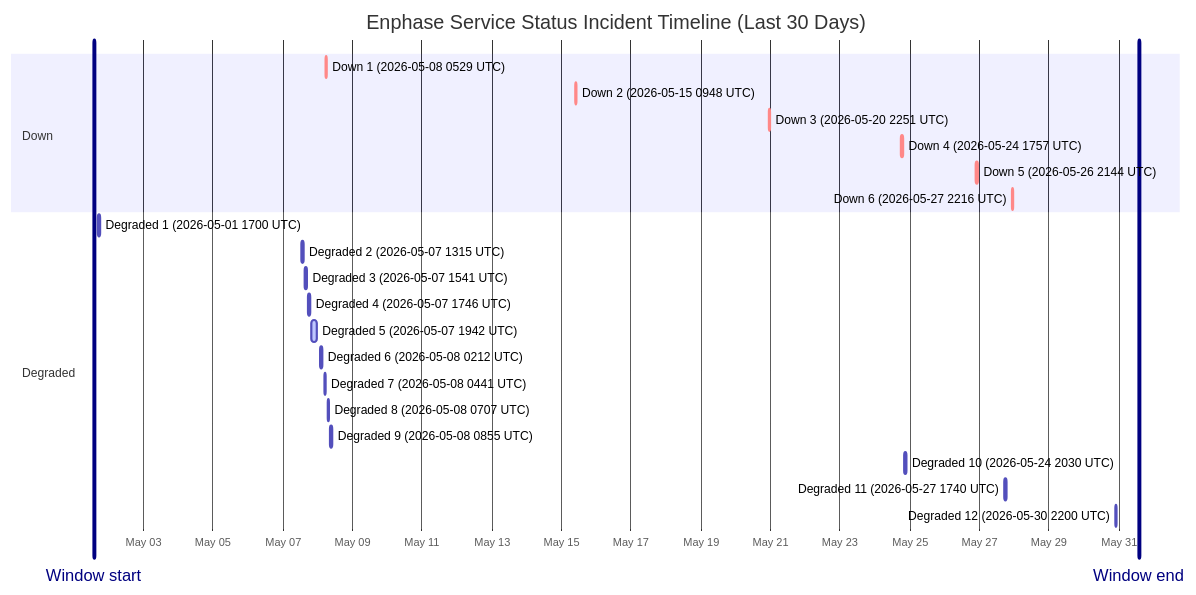
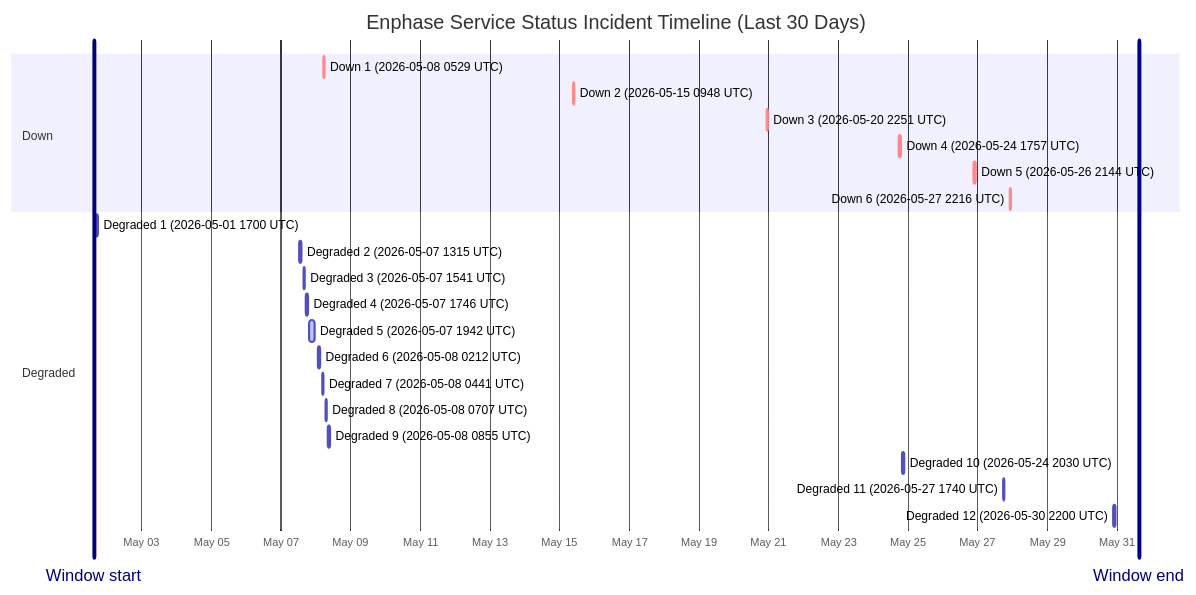
The diagram in wiki/Service-Status-History.md (barneyonline/ha-enphase-ev-charger), drawn with Mermaid before and after one commit. The commit also changed other lines of this file and 3 other files, not shown here.

````diff
--- a/wiki/Service-Status-History.md
+++ b/wiki/Service-Status-History.md
@@ -14,28 +14,28 @@
 ```mermaid
 gantt
     title Enphase Service Status Incident Timeline (Last 30 Days)
     dateFormat  YYYY-MM-DDTHH:mm:ss
     axisFormat  %b %d
-    Window start :vert, window-start, 2026-05-01T13:48:57, 0ms
-    Window end :vert, window-end, 2026-05-31T13:48:57, 0ms
+    Window start :vert, window-start, 2026-05-01T15:16:31, 0ms
+    Window end :vert, window-end, 2026-05-31T15:16:31, 0ms
     section Down
     Down 1 (2026-05-08 0529 UTC) :crit, down-1, 2026-05-08T05:29:47, 60m
     Down 2 (2026-05-15 0948 UTC) :crit, down-2, 2026-05-15T09:48:18, 60m
     Down 3 (2026-05-20 2251 UTC) :crit, down-3, 2026-05-20T22:51:14, 75m
     Down 4 (2026-05-24 1757 UTC) :crit, down-4, 2026-05-24T17:57:41, 86m
     Down 5 (2026-05-26 2144 UTC) :crit, down-5, 2026-05-26T21:44:11, 85m
     Down 6 (2026-05-27 2216 UTC) :crit, down-6, 2026-05-27T22:16:53, 87m
     section Degraded
     Degraded 1 (2026-05-01 1700 UTC) :active, degraded-1, 2026-05-01T17:00:22, 60m
     Degraded 2 (2026-05-07 1315 UTC) :active, degraded-2, 2026-05-07T13:15:25, 60m
     Degraded 3 (2026-05-07 1541 UTC) :active, degraded-3, 2026-05-07T15:41:58, 60m
     Degraded 4 (2026-05-07 1746 UTC) :active, degraded-4, 2026-05-07T17:46:51, 60m
     Degraded 5 (2026-05-07 1942 UTC) :active, degraded-5, 2026-05-07T19:42:10, 249m
     Degraded 6 (2026-05-08 0212 UTC) :active, degraded-6, 2026-05-08T02:12:39, 60m
     Degraded 7 (2026-05-08 0441 UTC) :active, degraded-7, 2026-05-08T04:41:46, 60m
     Degraded 8 (2026-05-08 0707 UTC) :active, degraded-8, 2026-05-08T07:07:30, 60m
     Degraded 9 (2026-05-08 0855 UTC) :active, degraded-9, 2026-05-08T08:55:20, 88m
     Degraded 10 (2026-05-24 2030 UTC) :active, degraded-10, 2026-05-24T20:30:57, 84m
     Degraded 11 (2026-05-27 1740 UTC) :active, degraded-11, 2026-05-27T17:40:52, 60m
     Degraded 12 (2026-05-30 2200 UTC) :active, degraded-12, 2026-05-30T22:00:37, 60m
 ```
````
